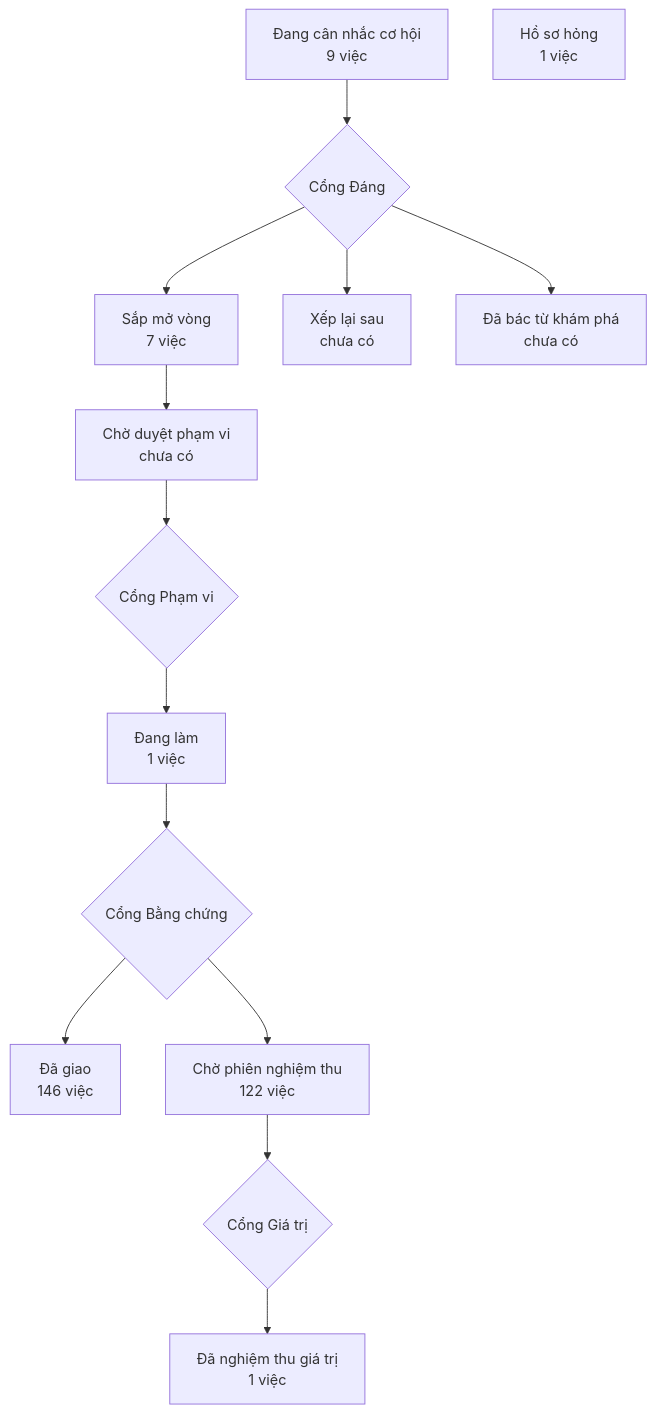
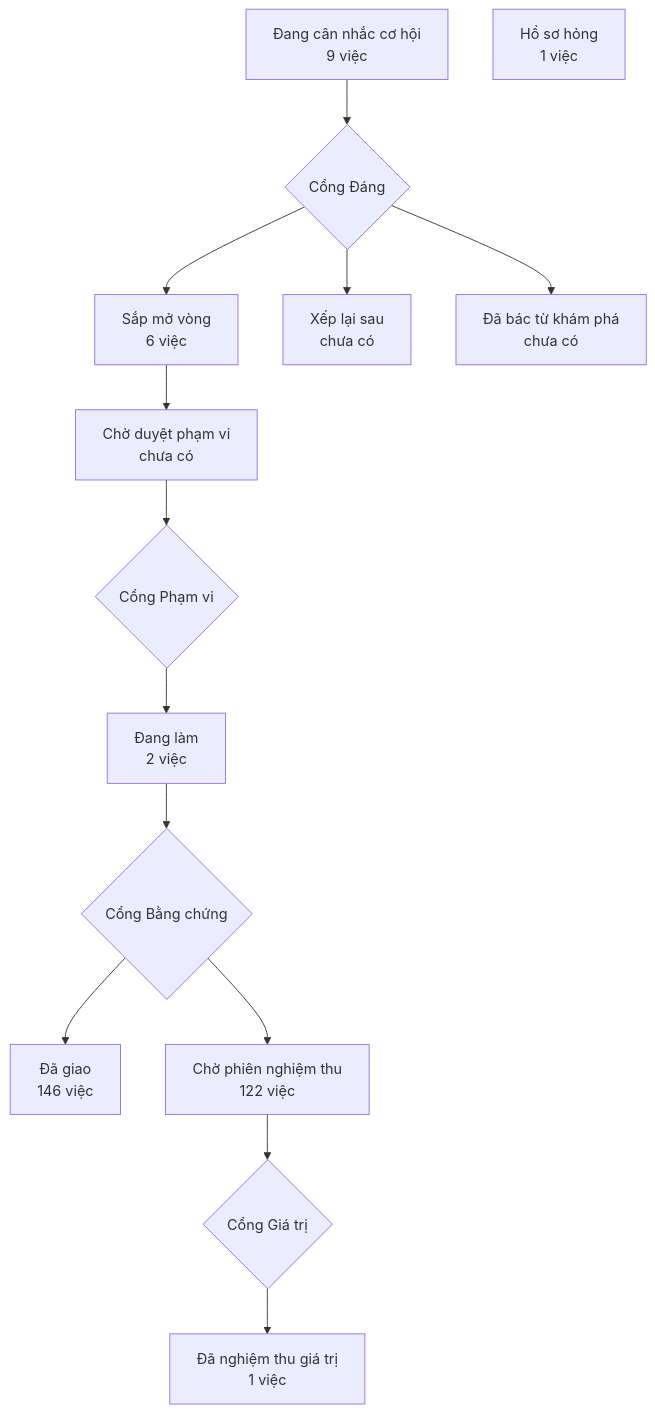
Before and after one commit to phanlemanh/crm-onehub: the diagram in PRODUCT-MAP.md, drawn with Mermaid. The commit also changed 4 other files, not shown here.

Commit message:
docs(mau-trang-thai-chung): thẻ Cổng Bằng chứng, vẽ lại bản đồ sau gộp onehub 725537a8c

````diff
--- a/PRODUCT-MAP.md
+++ b/PRODUCT-MAP.md
@@ -7,13 +7,13 @@
 ```mermaid
 flowchart TD
   A["Đang cân nhắc cơ hội<br/>9 việc"] --> GD{"Cổng Đáng"}
-  GD --> B["Sắp mở vòng<br/>7 việc"]
+  GD --> B["Sắp mở vòng<br/>6 việc"]
   GD --> XL["Xếp lại sau<br/>chưa có"]
   GD --> DB["Đã bác từ khám phá<br/>chưa có"]
   B --> CD["Chờ duyệt phạm vi<br/>chưa có"] --> GP{"Cổng Phạm vi"}
-  GP --> DL["Đang làm<br/>1 việc"] --> GB{"Cổng Bằng chứng"}
+  GP --> DL["Đang làm<br/>2 việc"] --> GB{"Cổng Bằng chứng"}
   GB --> DG["Đã giao<br/>146 việc"]
   GB --> CN["Chờ phiên nghiệm thu<br/>122 việc"] --> GG{"Cổng Giá trị"}
   GG --> NT["Đã nghiệm thu giá trị<br/>1 việc"]
   HS["Hồ sơ hỏng<br/>1 việc"]
 ```
````
